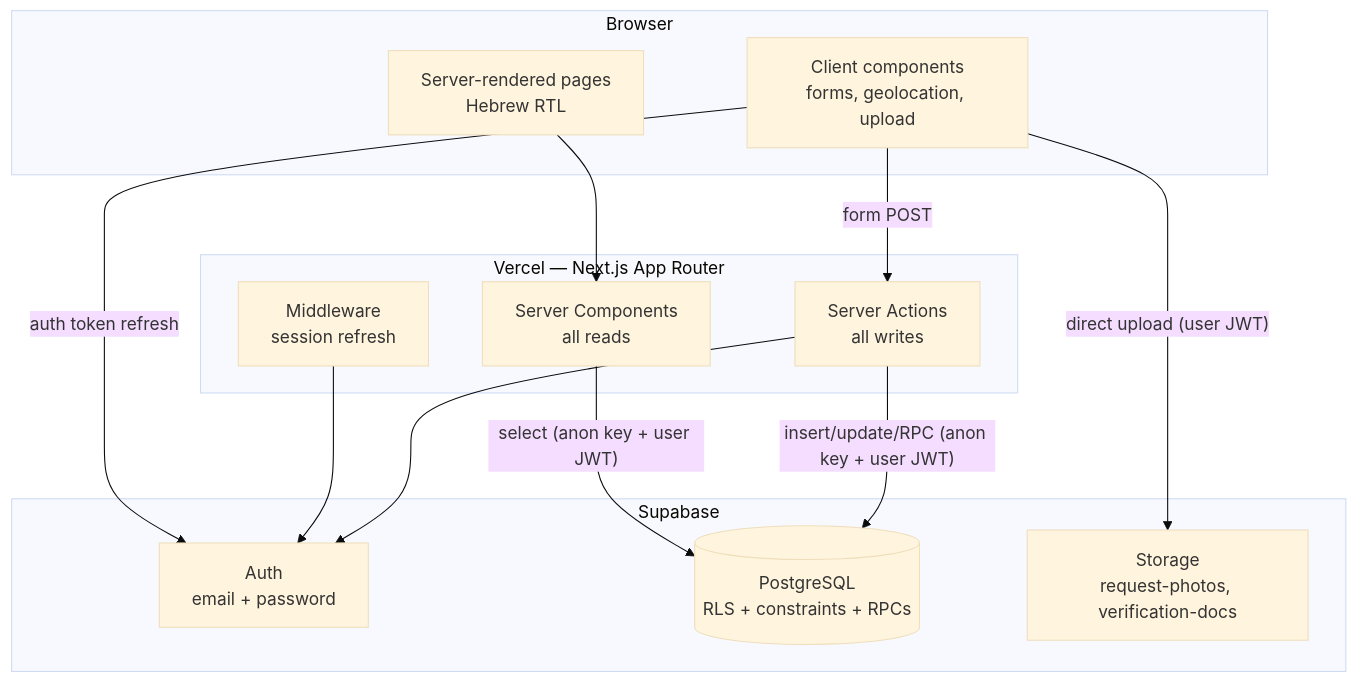
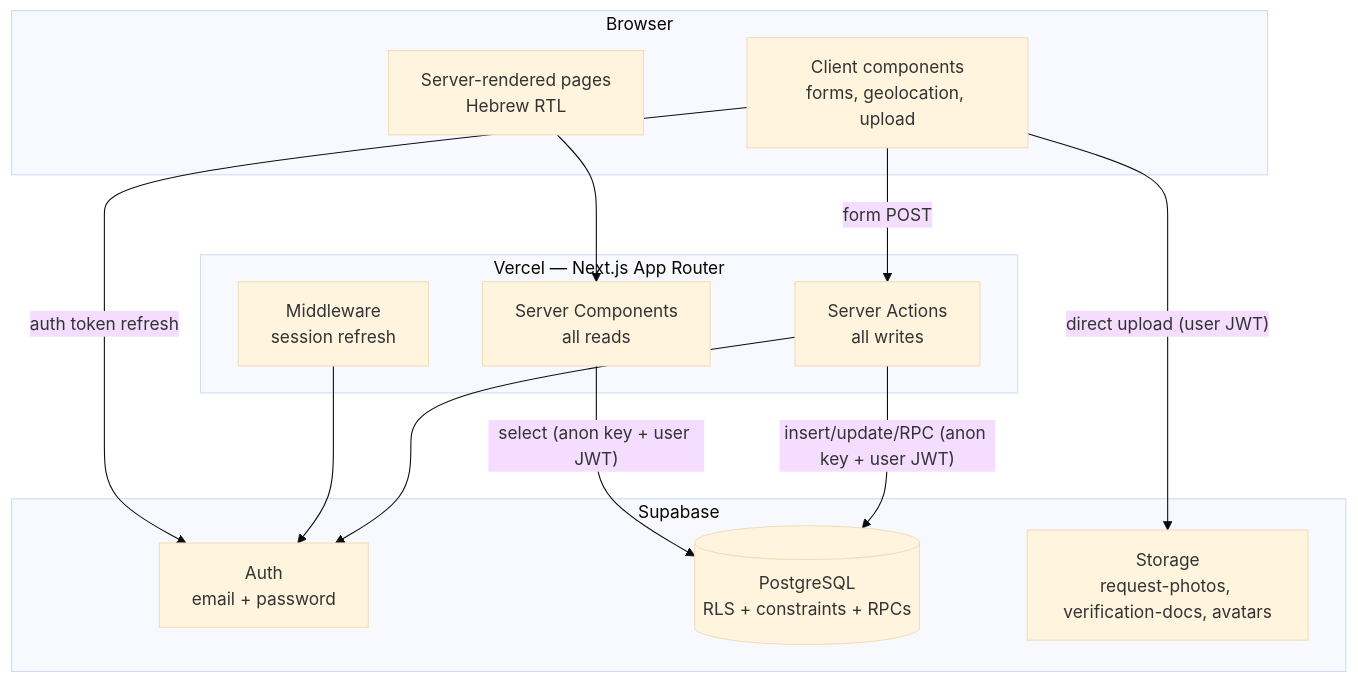
Before and after one commit to YuvGev00/ihelp: the first of 4 diagrams in docs/02-architecture.md, drawn with Mermaid (base theme). The commit also changed other lines of this file and 8 other files, not shown here.

````diff
--- a/docs/02-architecture.md
+++ b/docs/02-architecture.md
@@ -43,26 +44,26 @@
 ```mermaid
 graph TB
     subgraph Browser
         RSCV[Server-rendered pages<br/>Hebrew RTL]
         CC[Client components<br/>forms, geolocation, upload]
     end
     subgraph Vercel["Vercel — Next.js App Router"]
         MW[Middleware<br/>session refresh]
         RSC[Server Components<br/>all reads]
         SA[Server Actions<br/>all writes]
     end
     subgraph Supabase
         AUTH[Auth<br/>email + password]
         PG[(PostgreSQL<br/>RLS + constraints + RPCs)]
-        ST[Storage<br/>request-photos, verification-docs]
+        ST[Storage<br/>request-photos, verification-docs, avatars]
     end
 
     RSCV --> RSC
     CC -- "form POST" --> SA
     CC -- "direct upload (user JWT)" --> ST
     CC -- "auth token refresh" --> AUTH
     MW --> AUTH
     RSC -- "select (anon key + user JWT)" --> PG
     SA -- "insert/update/RPC (anon key + user JWT)" --> PG
     SA --> AUTH
 ```
````
